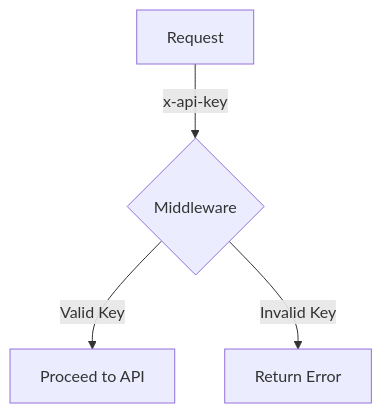
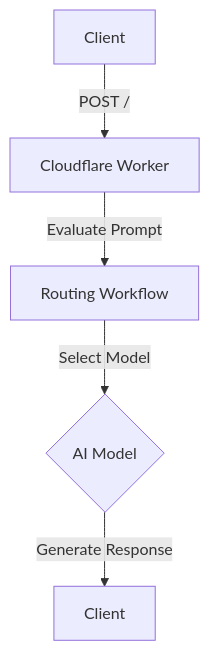
The first of 2 diagrams in apps/routing/README.md (reeawnc/cloudflare), drawn with Mermaid before and after one commit. The commit also changed other lines of this file and 12 other files, not shown here.

````diff
--- a/apps/routing/README.md
+++ b/apps/routing/README.md
@@ -89,6 +70,7 @@
 ```mermaid
 graph TD;
-    A[Request] -->|x-api-key| B{Middleware}
-    B -->|Valid Key| C[Proceed to API]
-    B -->|Invalid Key| D[Return Error]
+    A[Client] -->|POST /| B[Cloudflare Worker]
+    B -->|Evaluate Prompt| C[Routing Workflow]
+    C -->|Select Model| D{AI Model}
+    D -->|Generate Response| E[Client]
 ```
````
